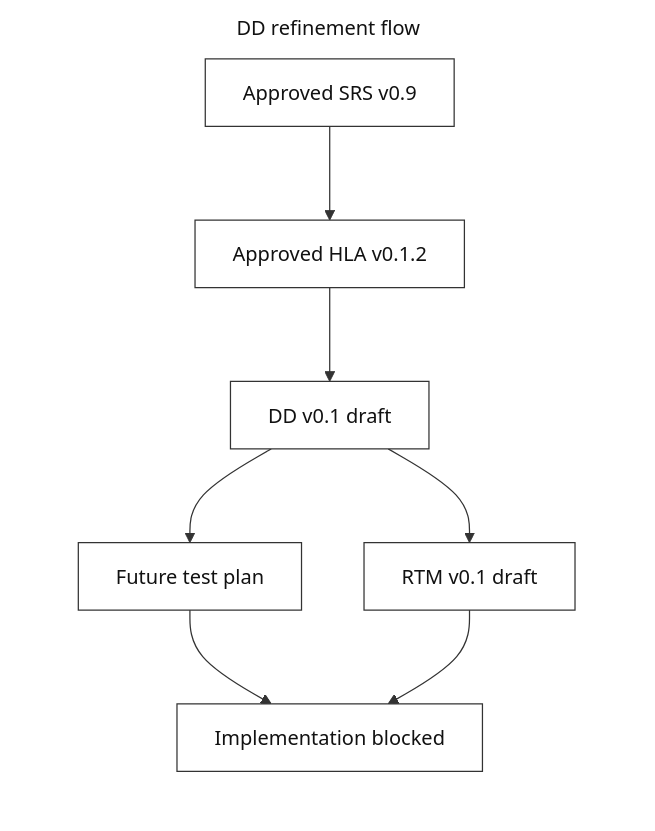
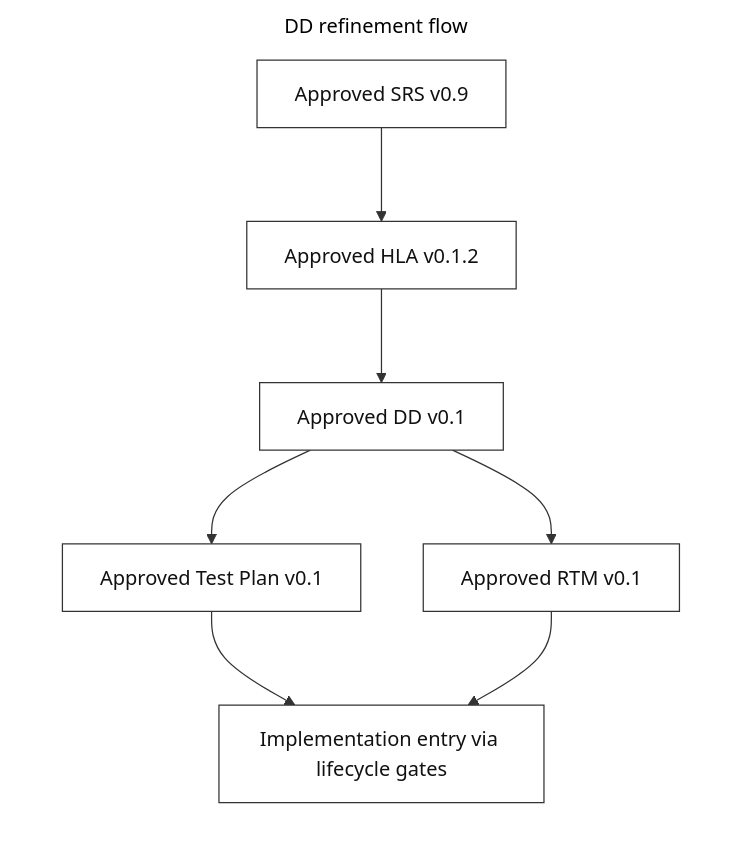
One commit to code-monki/mylib changed the diagram in system-documentation/system-artifacts/img-src/dd-refinement-flow.mmd. Above: the diagram before and after it, drawn with Mermaid. The commit also changed 72 other files, not shown here.

```diff
--- a/system-documentation/system-artifacts/img-src/dd-refinement-flow.mmd
+++ b/system-documentation/system-artifacts/img-src/dd-refinement-flow.mmd
@@ -1,19 +1,19 @@
-%%{init: {"theme": "base", "themeVariables": {"background": "#ffffff", "primaryColor": "#ffffff", "primaryTextColor": "#111111", "primaryBorderColor": "#333333", "lineColor": "#333333", "secondaryColor": "#f7f7f7", "tertiaryColor": "#ffffff", "clusterBkg": "#ffffff", "clusterBorder": "#777777", "edgeLabelBackground": "#ffffff"}}}%%
+%%{init: {"theme": "base", "flowchart": {"htmlLabels": false}, "themeVariables": {"background": "#ffffff", "primaryColor": "#ffffff", "primaryTextColor": "#111111", "primaryBorderColor": "#333333", "lineColor": "#333333", "secondaryColor": "#f7f7f7", "tertiaryColor": "#ffffff", "clusterBkg": "#ffffff", "clusterBorder": "#777777", "edgeLabelBackground": "#ffffff"}}}%%
 flowchart TB
   subgraph Diagram["DD refinement flow"]
     direction TB
     SRS["Approved SRS v0.9"]
     HLA["Approved HLA v0.1.2"]
-    DD["DD v0.1 draft"]
-    RTM["RTM v0.1 draft"]
-    TestPlan["Future test plan"]
-    Impl["Implementation blocked"]
+    DD["Approved DD v0.1"]
+    RTM["Approved RTM v0.1"]
+    TestPlan["Approved Test Plan v0.1"]
+    Impl["Implementation entry via lifecycle gates"]
 
     SRS --> HLA
     HLA --> DD
     DD --> RTM
     DD --> TestPlan
     TestPlan --> Impl
     RTM --> Impl
   end
   style Diagram fill:#ffffff,stroke:#ffffff,color:#111111
```
